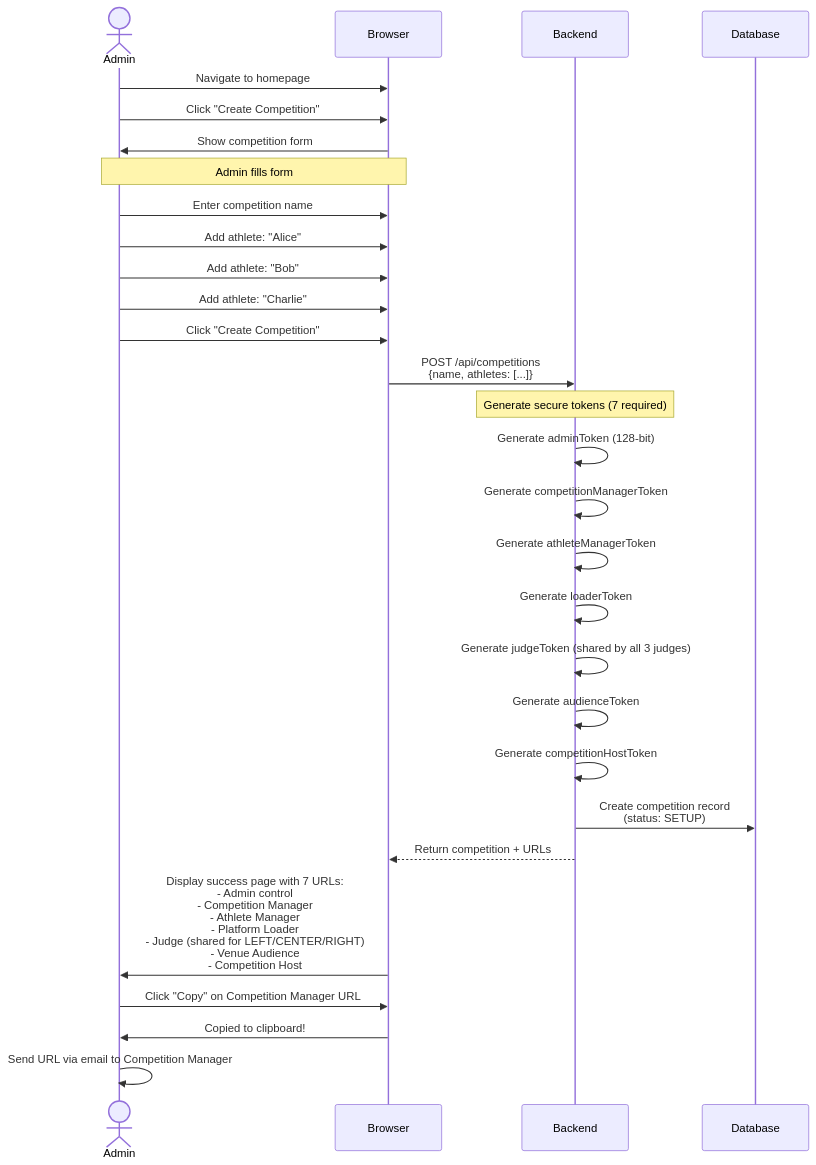
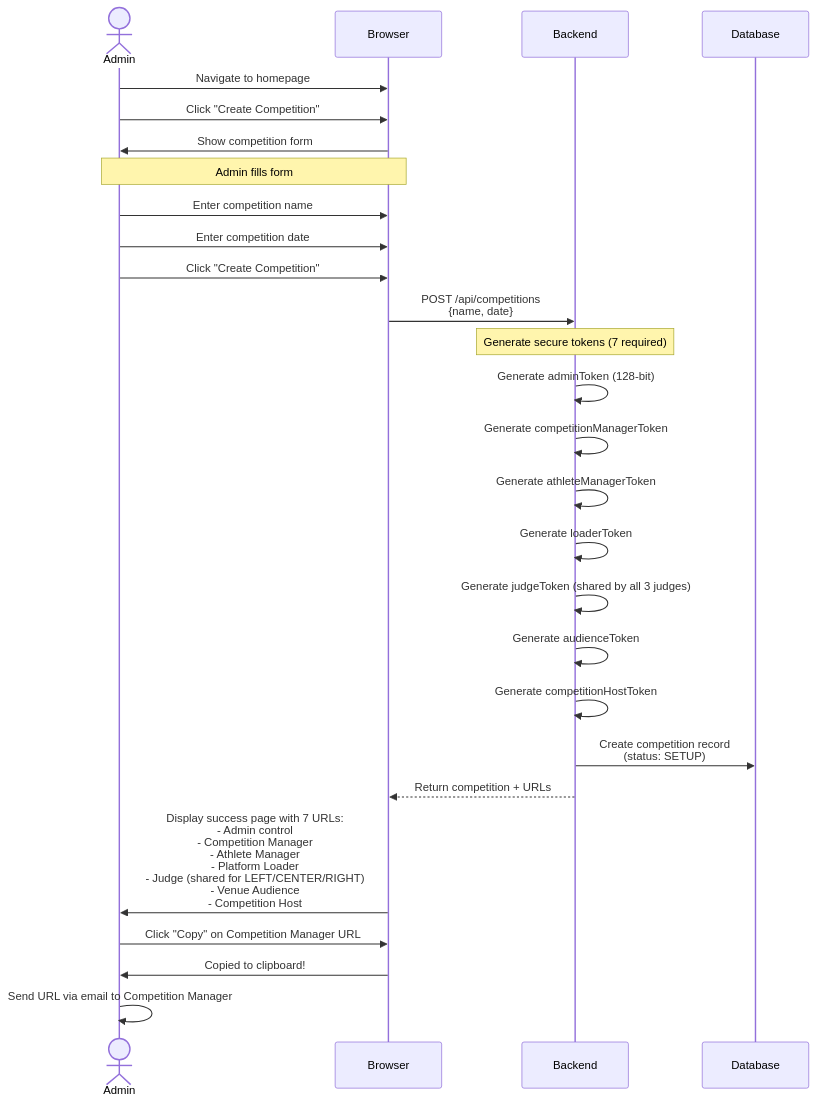
The first of 15 diagrams in docs/USER_FLOWS.md (abti247/iron_verdict), drawn with Mermaid before and after one commit. The commit also changed 3 other files, not shown here.

First line of the commit message:
Update personas, use cases, and flows with user-specified changes

````diff
--- a/docs/USER_FLOWS.md
+++ b/docs/USER_FLOWS.md
@@ -11,40 +11,38 @@
 ```mermaid
 sequenceDiagram
     actor Admin
     participant Browser
     participant Backend
     participant Database
 
     Admin->>Browser: Navigate to homepage
     Admin->>Browser: Click "Create Competition"
     Browser->>Admin: Show competition form
 
     Note over Admin,Browser: Admin fills form
     Admin->>Browser: Enter competition name
-    Admin->>Browser: Add athlete: "Alice"
-    Admin->>Browser: Add athlete: "Bob"
-    Admin->>Browser: Add athlete: "Charlie"
+    Admin->>Browser: Enter competition date
     Admin->>Browser: Click "Create Competition"
 
-    Browser->>Backend: POST /api/competitions<br/>{name, athletes: [...]}
+    Browser->>Backend: POST /api/competitions<br/>{name, date}
 
     Note over Backend: Generate secure tokens (7 required)
     Backend->>Backend: Generate adminToken (128-bit)
     Backend->>Backend: Generate competitionManagerToken
     Backend->>Backend: Generate athleteManagerToken
     Backend->>Backend: Generate loaderToken
     Backend->>Backend: Generate judgeToken (shared by all 3 judges)
     Backend->>Backend: Generate audienceToken
     Backend->>Backend: Generate competitionHostToken
 
     Backend->>Database: Create competition record<br/>(status: SETUP)
 
     Backend-->>Browser: Return competition + URLs
 
     Browser->>Admin: Display success page with 7 URLs:<br/>- Admin control<br/>- Competition Manager<br/>- Athlete Manager<br/>- Platform Loader<br/>- Judge (shared for LEFT/CENTER/RIGHT)<br/>- Venue Audience<br/>- Competition Host
 
     Admin->>Browser: Click "Copy" on Competition Manager URL
     Browser->>Admin: Copied to clipboard!
 
     Admin->>Admin: Send URL via email to Competition Manager
 ```
````
